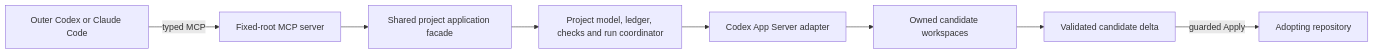
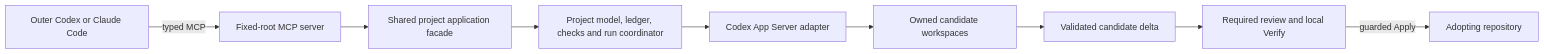
One commit to Glacius-Labs/Markitect changed the diagram in docs/architecture.md. Above: the diagram before and after it, drawn with Mermaid. The commit also changed other lines of this file and 3 other files, not shown here.

````diff
--- a/docs/architecture.md
+++ b/docs/architecture.md
@@ -14,10 +17,11 @@
 ```mermaid
 flowchart LR
   Outer[Outer Codex or Claude Code] -->|typed MCP| MCP[Fixed-root MCP server]
   MCP --> App[Shared project application facade]
   App --> Host[Project model, ledger, checks and run coordinator]
   Host --> Adapter[Codex App Server adapter]
   Adapter --> Candidate[Owned candidate workspaces]
   Candidate --> Delta[Validated candidate delta]
-  Delta -->|guarded Apply| Repo[Adopting repository]
+  Delta --> Verify[Required review and local Verify]
+  Verify -->|guarded Apply| Repo[Adopting repository]
 ```
````
